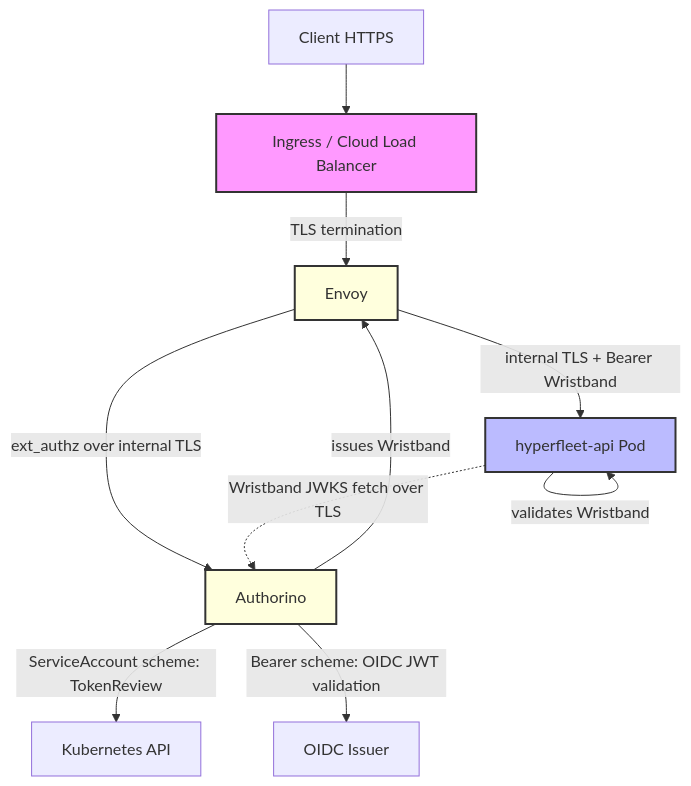
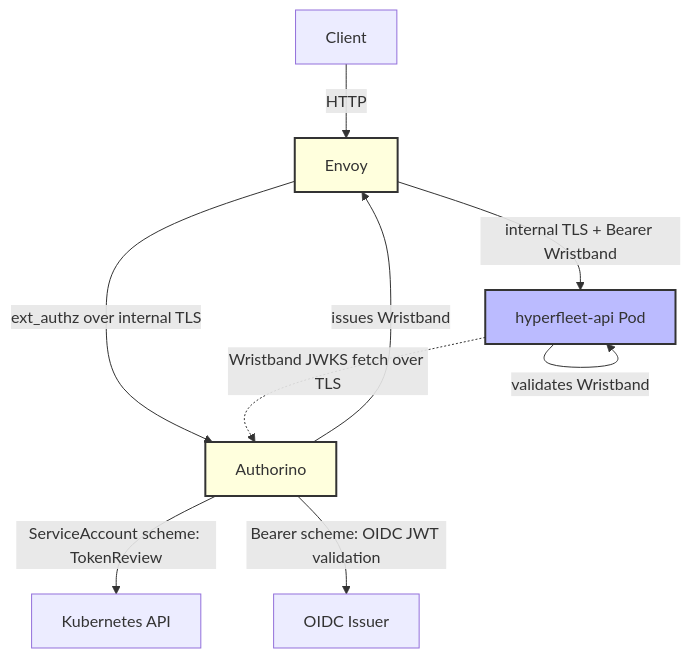
One commit to mliptak0/hyperfleet-architecture changed the first of 2 diagrams in hyperfleet/adrs/0018-e2e-jwt-tls-architecture.md. Above: the diagram before and after it, drawn with Mermaid. The commit also changed other lines of this file, not shown here.

Commit message:
HYPERFLEET-1636 - docs: show current TLS hop in ADR-0018 diagram

````diff
--- a/hyperfleet/adrs/0018-e2e-jwt-tls-architecture.md
+++ b/hyperfleet/adrs/0018-e2e-jwt-tls-architecture.md
@@ -17,17 +17,15 @@
 ```mermaid
 graph TD
-    A[Client HTTPS] --> B[Ingress / Cloud Load Balancer]
-    B -->|TLS termination| E[Envoy]
+    A[Client] -->|HTTP| E[Envoy]
     E -->|ext_authz over internal TLS| F[Authorino]
     F -->|ServiceAccount scheme: TokenReview| G[Kubernetes API]
     F -->|Bearer scheme: OIDC JWT validation| I[OIDC Issuer]
     F -->|issues Wristband| E
     E -->|internal TLS + Bearer Wristband| C[hyperfleet-api Pod]
     C -.->|Wristband JWKS fetch over TLS| F
     C -->|validates Wristband| C
 
-    style B fill:#f9f,stroke:#333,stroke-width:2px
     style E fill:#ffd,stroke:#333,stroke-width:2px
     style F fill:#ffd,stroke:#333,stroke-width:2px
     style C fill:#bbf,stroke:#333,stroke-width:2px
 ```
````
